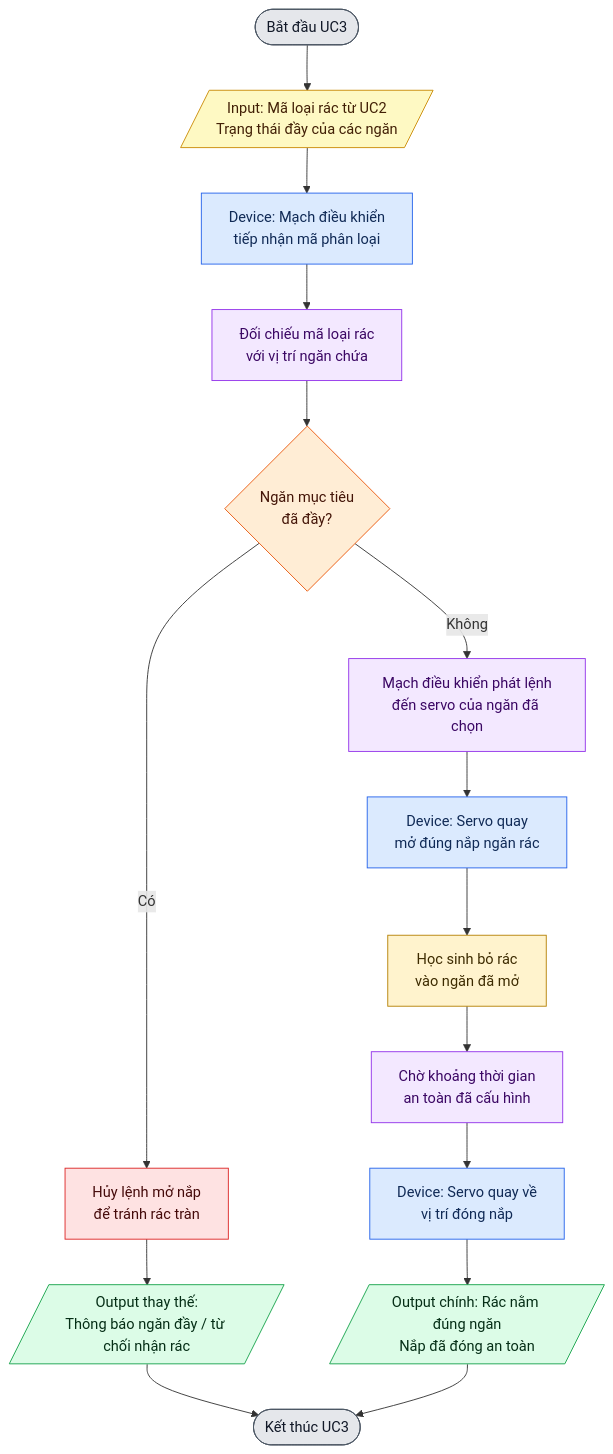
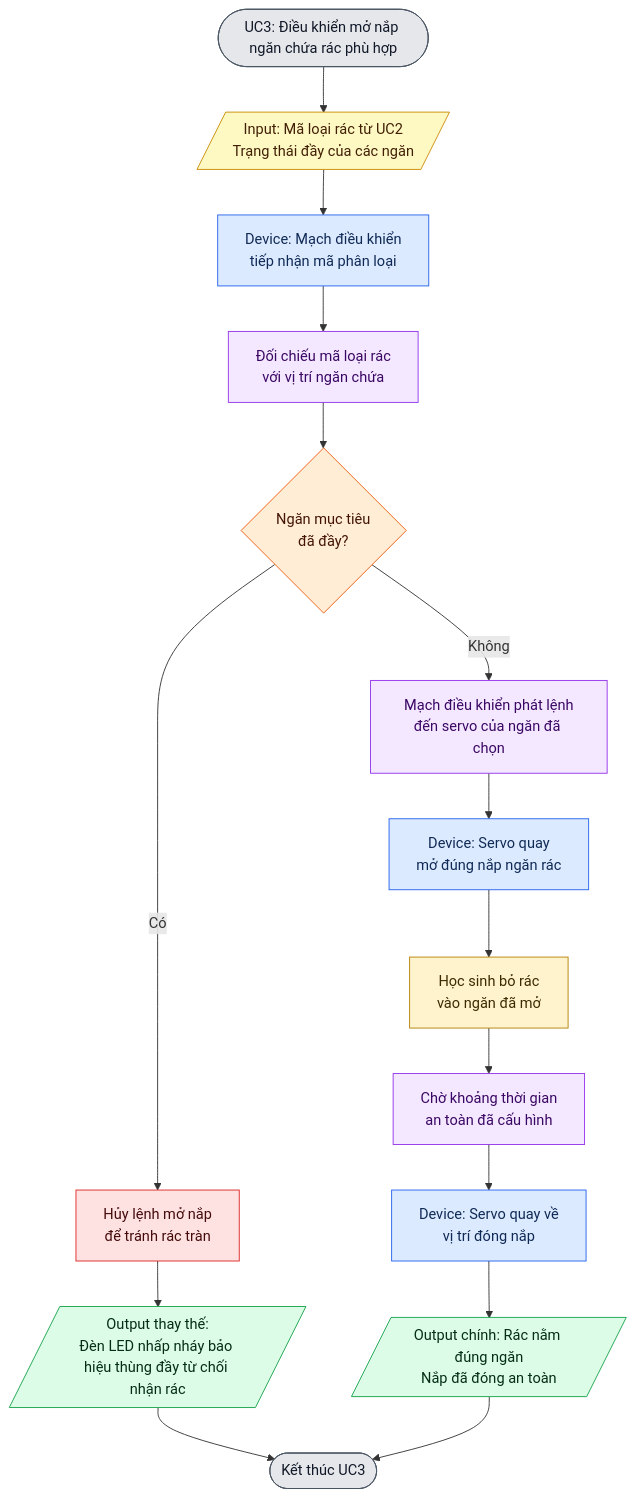
The diagram in FLOWCHART/UC03_dieu_khien_mo_nap_ngan_rac.mmd (ariesanhthu/AIOT-SMART-TRASH-BIN), drawn with Mermaid before and after one commit. The commit also changed 11 other files, not shown here.

Commit message:
update: fix flowcharts

```diff
--- a/FLOWCHART/UC03_dieu_khien_mo_nap_ngan_rac.mmd
+++ b/FLOWCHART/UC03_dieu_khien_mo_nap_ngan_rac.mmd
@@ -1,37 +1,42 @@
-flowchart TD
-    start([Bắt đầu UC3])
-    input[/"Input: Mã loại rác từ UC2<br/>Trạng thái đầy của các ngăn"/]
-    controller["Device: Mạch điều khiển<br/>tiếp nhận mã phân loại"]
-    map["Đối chiếu mã loại rác<br/>với vị trí ngăn chứa"]
-    full{"Ngăn mục tiêu<br/>đã đầy?"}
-    cancel["Hủy lệnh mở nắp<br/>để tránh rác tràn"]
-    fullOut[/"Output thay thế:<br/>Thông báo ngăn đầy / từ chối nhận rác"/]
-    command["Mạch điều khiển phát lệnh<br/>đến servo của ngăn đã chọn"]
-    servoOpen["Device: Servo quay<br/>mở đúng nắp ngăn rác"]
-    student["Học sinh bỏ rác<br/>vào ngăn đã mở"]
-    timer["Chờ khoảng thời gian<br/>an toàn đã cấu hình"]
-    servoClose["Device: Servo quay về<br/>vị trí đóng nắp"]
-    output[/"Output chính: Rác nằm đúng ngăn<br/>Nắp đã đóng an toàn"/]
-    finish([Kết thúc UC3])
+---
+config:
+  layout: fixed
+---
+flowchart TB
+    start(["UC3: Điều khiển mở nắp ngăn chứa rác phù hợp"]) --> input[/"Input: Mã loại rác từ UC2<br>Trạng thái đầy của các ngăn"/]
+    input --> controller["Device: Mạch điều khiển<br>tiếp nhận mã phân loại"]
+    controller --> map["Đối chiếu mã loại rác<br>với vị trí ngăn chứa"]
+    map --> full{"Ngăn mục tiêu<br>đã đầy?"}
+    full -- Có --> cancel["Hủy lệnh mở nắp<br>để tránh rác tràn"]
+    cancel --> fullOut[/"Output thay thế:<br>Đèn LED nhấp nháy bảo hiệu thùng đầy từ chối nhận rác"/]
+    fullOut --> finish(["Kết thúc UC3"])
+    full -- Không --> command["Mạch điều khiển phát lệnh<br>đến servo của ngăn đã chọn"]
+    command --> servoOpen["Device: Servo quay<br>mở đúng nắp ngăn rác"]
+    servoOpen --> student["Học sinh bỏ rác<br>vào ngăn đã mở"]
+    student --> timer["Chờ khoảng thời gian<br>an toàn đã cấu hình"]
+    timer --> servoClose["Device: Servo quay về<br>vị trí đóng nắp"]
+    servoClose --> output[/"Output chính: Rác nằm đúng ngăn<br>Nắp đã đóng an toàn"/]
+    output --> finish
 
-    start --> input --> controller --> map --> full
-    full -- Có --> cancel --> fullOut --> finish
-    full -- Không --> command --> servoOpen --> student --> timer --> servoClose --> output --> finish
-
-    classDef actor fill:#fff3cd,stroke:#b58105,color:#3d2b00;
-    classDef device fill:#dbeafe,stroke:#2563eb,color:#102a56;
-    classDef input fill:#fef9c3,stroke:#ca8a04,color:#422006;
-    classDef process fill:#f3e8ff,stroke:#9333ea,color:#3b0764;
-    classDef decision fill:#ffedd5,stroke:#ea580c,color:#431407;
-    classDef output fill:#dcfce7,stroke:#16a34a,color:#052e16;
-    classDef warning fill:#fee2e2,stroke:#dc2626,color:#450a0a;
-    classDef terminal fill:#e5e7eb,stroke:#4b5563,color:#111827;
-
-    class student actor;
-    class controller,servoOpen,servoClose device;
-    class input input;
-    class map,command,timer process;
-    class full decision;
-    class output,fullOut output;
-    class cancel warning;
-    class start,finish terminal;
+     start:::terminal
+     input:::input
+     controller:::device
+     map:::process
+     full:::decision
+     cancel:::warning
+     fullOut:::output
+     finish:::terminal
+     command:::process
+     servoOpen:::device
+     student:::actor
+     timer:::process
+     servoClose:::device
+     output:::output
+    classDef actor fill:#fff3cd,stroke:#b58105,color:#3d2b00
+    classDef device fill:#dbeafe,stroke:#2563eb,color:#102a56
+    classDef input fill:#fef9c3,stroke:#ca8a04,color:#422006
+    classDef process fill:#f3e8ff,stroke:#9333ea,color:#3b0764
+    classDef decision fill:#ffedd5,stroke:#ea580c,color:#431407
+    classDef output fill:#dcfce7,stroke:#16a34a,color:#052e16
+    classDef warning fill:#fee2e2,stroke:#dc2626,color:#450a0a
+    classDef terminal fill:#e5e7eb,stroke:#4b5563,color:#111827
```
